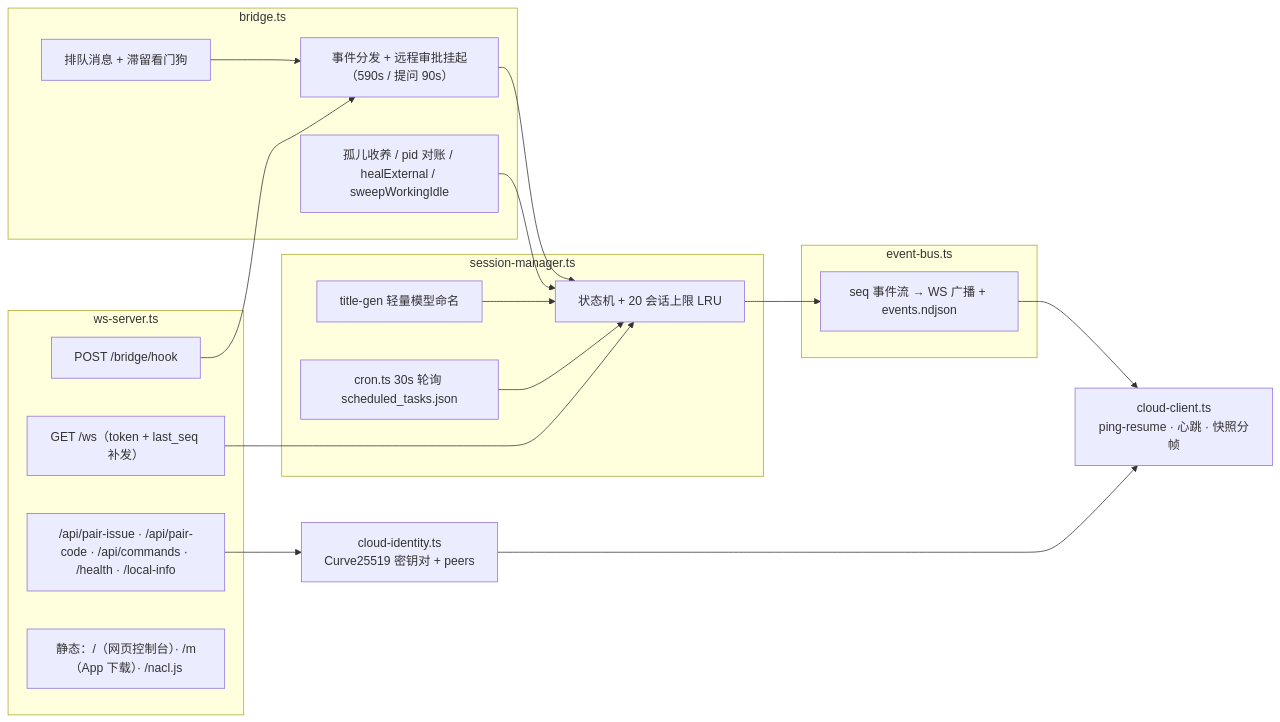
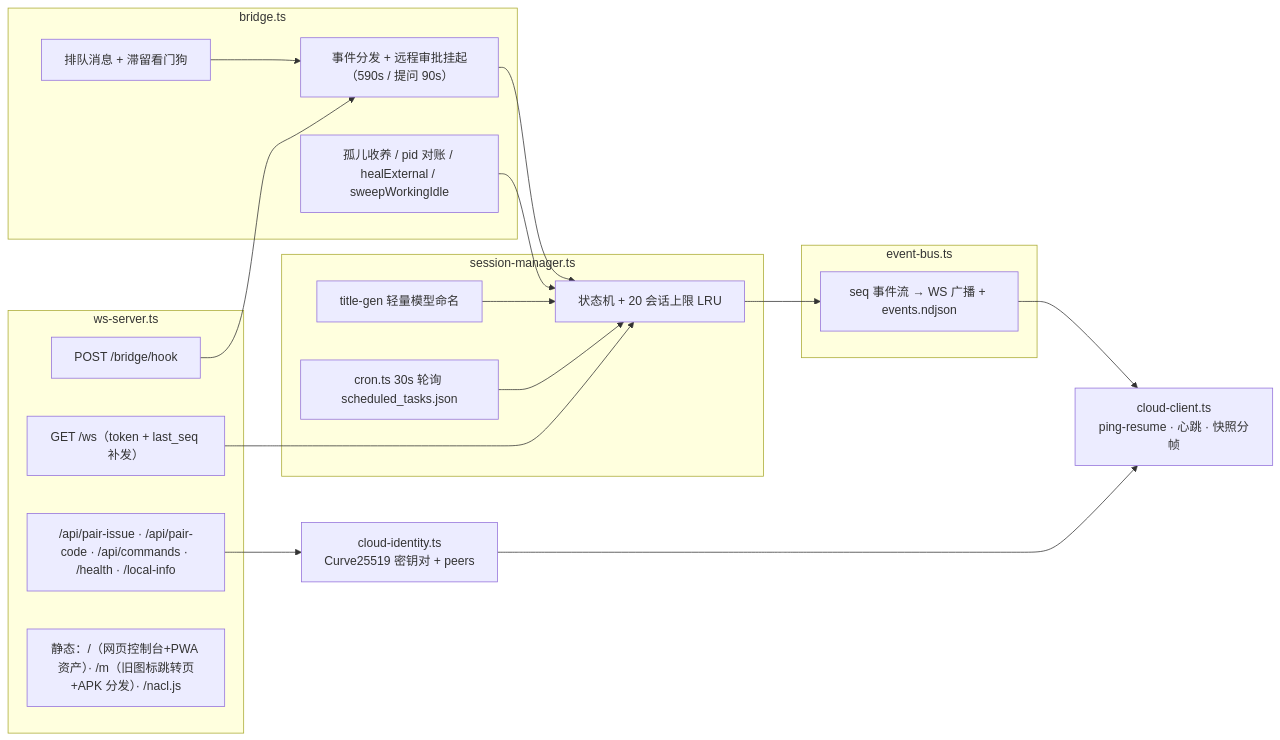
The second of 4 diagrams in docs/architecture.md (humumu130/cc-deck), drawn with Mermaid before and after one commit. The commit also changed other lines of this file and 4 other files, not shown here.

````diff
--- a/docs/architecture.md
+++ b/docs/architecture.md
@@ -65,36 +65,36 @@
 ```mermaid
 flowchart LR
     subgraph 入口["ws-server.ts"]
         H["POST /bridge/hook"]
         W["GET /ws（token + last_seq 补发）"]
         API["/api/pair-issue · /api/pair-code · /api/commands · /health · /local-info"]
-        STATIC["静态：/（网页控制台）· /m（App 下载）· /nacl.js"]
+        STATIC["静态：/（网页控制台+PWA 资产）· /m（旧图标跳转页+APK 分发）· /nacl.js"]
     end
     subgraph 核心["session-manager.ts"]
         SM["状态机 + 20 会话上限 LRU"]
         TT["title-gen 轻量模型命名"]
         CRON["cron.ts 30s 轮询 scheduled_tasks.json"]
     end
     subgraph 外部["bridge.ts"]
         B1["事件分发 + 远程审批挂起（590s / 提问 90s）"]
         B2["排队消息 + 滞留看门狗"]
         B3["孤儿收养 / pid 对账 / healExternal / sweepWorkingIdle"]
     end
     subgraph 通道["event-bus.ts"]
         EB["seq 事件流 → WS 广播 + events.ndjson"]
     end
     CLOUDC["cloud-client.ts<br/>ping-resume · 心跳 · 快照分帧"]
     ID["cloud-identity.ts<br/>Curve25519 密钥对 + peers"]
 
     H --> B1
     W --> SM
     API --> ID
     B1 --> SM
     B2 --> B1
     B3 --> SM
     SM --> EB
     TT --> SM
     CRON --> SM
     EB --> CLOUDC
     ID --> CLOUDC
 ```
````
